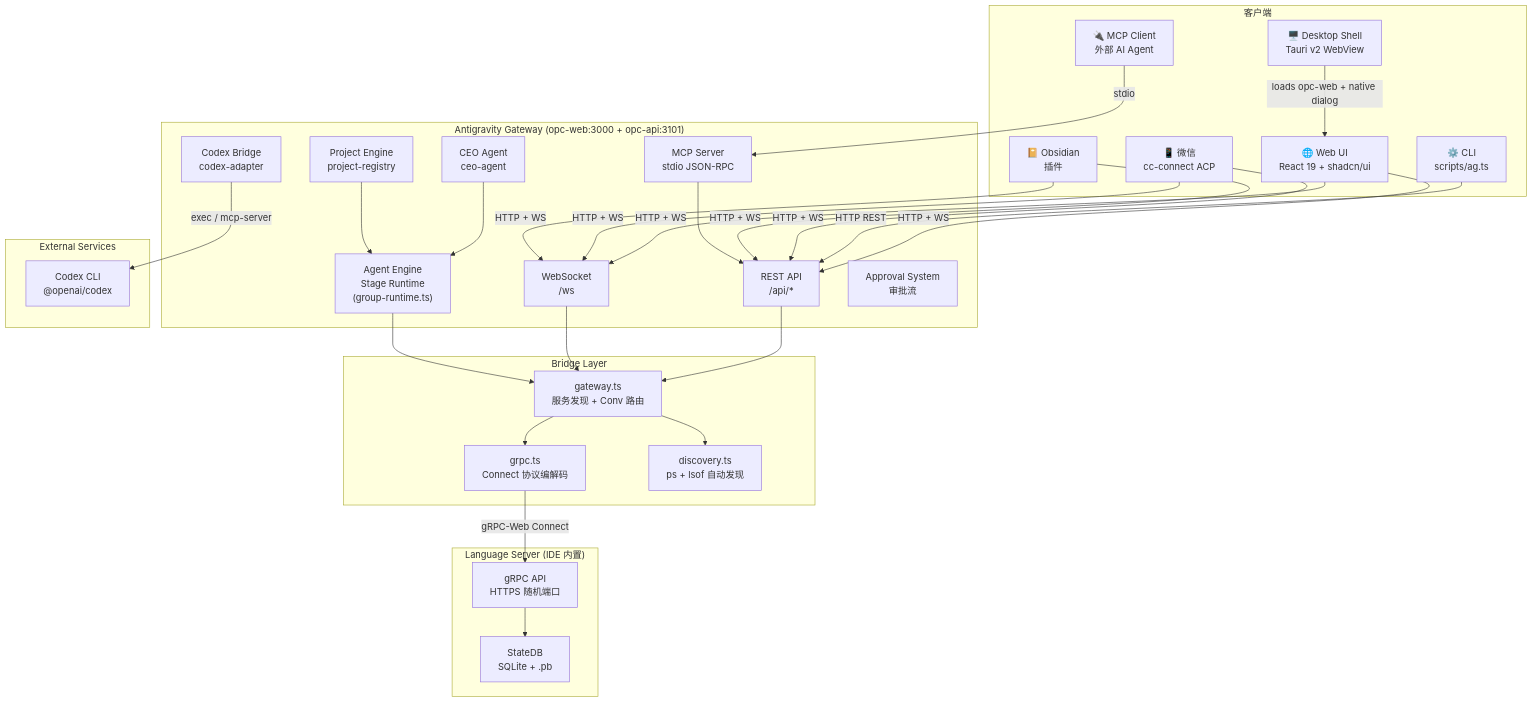
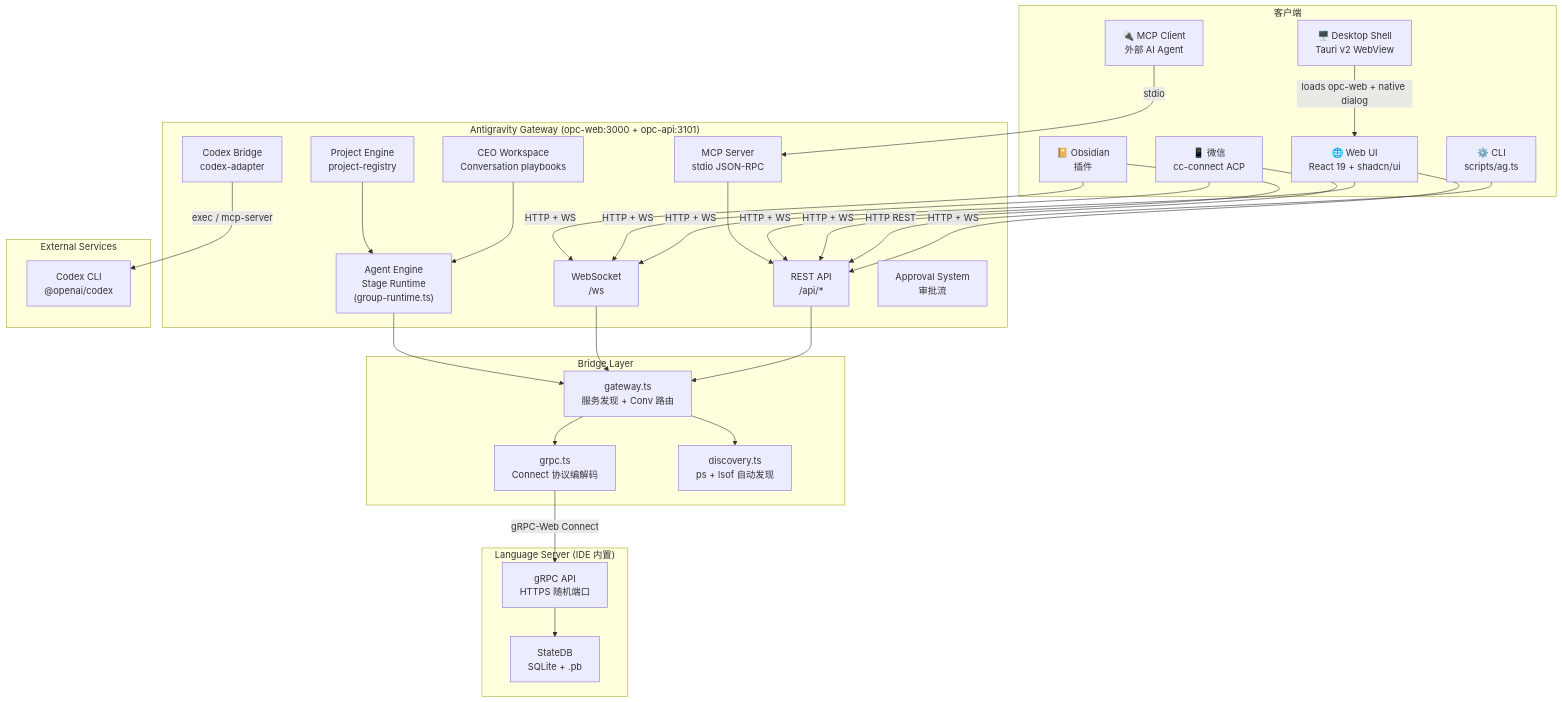
One commit to pikapikaspeedup/OPC_CEO changed the first of 23 diagrams in ARCHITECTURE.md. Above: the diagram before and after it, drawn with Mermaid. The commit also changed other lines of this file and 72 other files, not shown here.

````diff
--- a/ARCHITECTURE.md
+++ b/ARCHITECTURE.md
@@ -15,57 +15,57 @@
 ```mermaid
 graph TB
     subgraph Clients["客户端"]
         WebUI["🌐 Web UI<br/>React 19 + shadcn/ui"]
         Desktop["🖥️ Desktop Shell<br/>Tauri v2 WebView"]
         CLI["⚙️ CLI<br/>scripts/ag.ts"]
         WeChat["📱 微信<br/>cc-connect ACP"]
         Obsidian["📔 Obsidian<br/>插件"]
         MCP["🔌 MCP Client<br/>外部 AI Agent"]
     end
 
     subgraph Gateway["Antigravity Gateway (opc-web:3000 + opc-api:3101)"]
         REST["REST API<br/>/api/*"]
         WS["WebSocket<br/>/ws"]
         AgentEngine["Agent Engine<br/>Stage Runtime<br/>(group-runtime.ts)"]
         ProjectEngine["Project Engine<br/>project-registry"]
         MCPServer["MCP Server<br/>stdio JSON-RPC"]
         CodexBridge["Codex Bridge<br/>codex-adapter"]
-        CEOAgent["CEO Agent<br/>ceo-agent"]
+        CEOAgent["CEO Workspace<br/>Conversation playbooks"]
         ApprovalSys["Approval System<br/>审批流"]
     end
 
     subgraph Bridge["Bridge Layer"]
         GW["gateway.ts<br/>服务发现 + Conv 路由"]
         GRPC["grpc.ts<br/>Connect 协议编解码"]
         Discovery["discovery.ts<br/>ps + lsof 自动发现"]
     end
 
     subgraph External["External Services"]
         CodexCLI["Codex CLI<br/>@openai/codex"]
     end
 
     subgraph LS["Language Server (IDE 内置)"]
         GRPC_API["gRPC API<br/>HTTPS 随机端口"]
         StateDB["StateDB<br/>SQLite + .pb"]
     end
 
     WebUI -->|HTTP + WS| REST & WS
     Desktop -->|loads opc-web + native dialog| WebUI
     CLI -->|HTTP REST| REST
     WeChat -->|HTTP + WS| REST & WS
     Obsidian -->|HTTP + WS| REST & WS
     MCP -->|stdio| MCPServer
 
     REST --> GW
     WS --> GW
     CodexBridge -->|"exec / mcp-server"| CodexCLI
     CEOAgent --> AgentEngine
     AgentEngine --> GW
     ProjectEngine --> AgentEngine
     MCPServer --> REST
 
     GW --> Discovery
     GW --> GRPC
     GRPC -->|gRPC-Web Connect| GRPC_API
     GRPC_API --> StateDB
 ```
````
